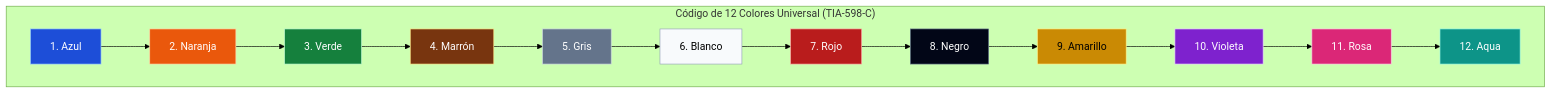
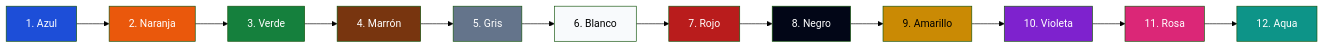
The second of 2 diagrams in Teoria/Modulo_3_Cableado_Estructurado/04_Medios_Fisicos_Categorias_Fibra.md (ch4rf/redes-computadoras), drawn with Mermaid (forest theme) before and after one commit. The commit also changed other lines of this file and 14 other files, not shown here.

````diff
--- a/Teoria/Modulo_3_Cableado_Estructurado/04_Medios_Fisicos_Categorias_Fibra.md
+++ b/Teoria/Modulo_3_Cableado_Estructurado/04_Medios_Fisicos_Categorias_Fibra.md
@@ -10,22 +64,19 @@
 ```mermaid
 flowchart LR
-    subgraph TIA598 ["Código de 12 Colores Universal (TIA-598-C)"]
-        direction LR
-        C1["1. Azul"] --> C2["2. Naranja"] --> C3["3. Verde"] --> C4["4. Marrón"]
-        C4 --> C5["5. Gris"] --> C6["6. Blanco"] --> C7["7. Rojo"] --> C8["8. Negro"]
-        C8 --> C9["9. Amarillo"] --> C10["10. Violeta"] --> C11["11. Rosa"] --> C12["12. Aqua"]
-    end
+    C1["1. Azul"] --> C2["2. Naranja"] --> C3["3. Verde"] --> C4["4. Marrón"]
+    C4 --> C5["5. Gris"] --> C6["6. Blanco"] --> C7["7. Rojo"] --> C8["8. Negro"]
+    C8 --> C9["9. Amarillo"] --> C10["10. Violeta"] --> C11["11. Rosa"] --> C12["12. Aqua"]
 
-    style C1 fill:#1d4ed8,stroke:#93c5fd,color:#fff
-    style C2 fill:#ea580c,stroke:#fed7aa,color:#fff
-    style C3 fill:#15803d,stroke:#bbf7d0,color:#fff
-    style C4 fill:#78350f,stroke:#fde68a,color:#fff
-    style C5 fill:#64748b,stroke:#cbd5e1,color:#fff
-    style C6 fill:#f8fafc,stroke:#94a3b8,color:#000
-    style C7 fill:#b91c1c,stroke:#fca5a5,color:#fff
-    style C8 fill:#020617,stroke:#64748b,color:#fff
-    style C9 fill:#ca8a04,stroke:#fef08a,color:#000
-    style C10 fill:#7e22ce,stroke:#e9d5ff,color:#fff
-    style C11 fill:#db2777,stroke:#fbcfe8,color:#fff
-    style C12 fill:#0d9488,stroke:#99f6e4,color:#fff
+    style C1 fill:#1d4ed8,color:#fff
+    style C2 fill:#ea580c,color:#fff
+    style C3 fill:#15803d,color:#fff
+    style C4 fill:#78350f,color:#fff
+    style C5 fill:#64748b,color:#fff
+    style C6 fill:#f8fafc,color:#000
+    style C7 fill:#b91c1c,color:#fff
+    style C8 fill:#020617,color:#fff
+    style C9 fill:#ca8a04,color:#000
+    style C10 fill:#7e22ce,color:#fff
+    style C11 fill:#db2777,color:#fff
+    style C12 fill:#0d9488,color:#fff
 ```
````
